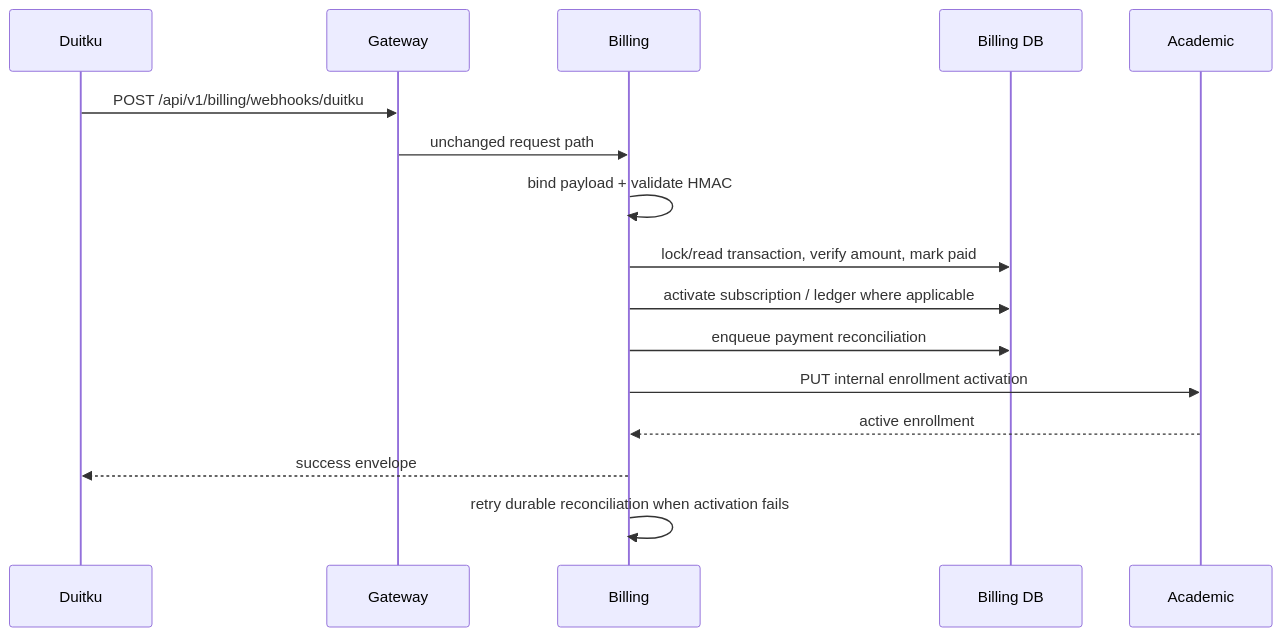
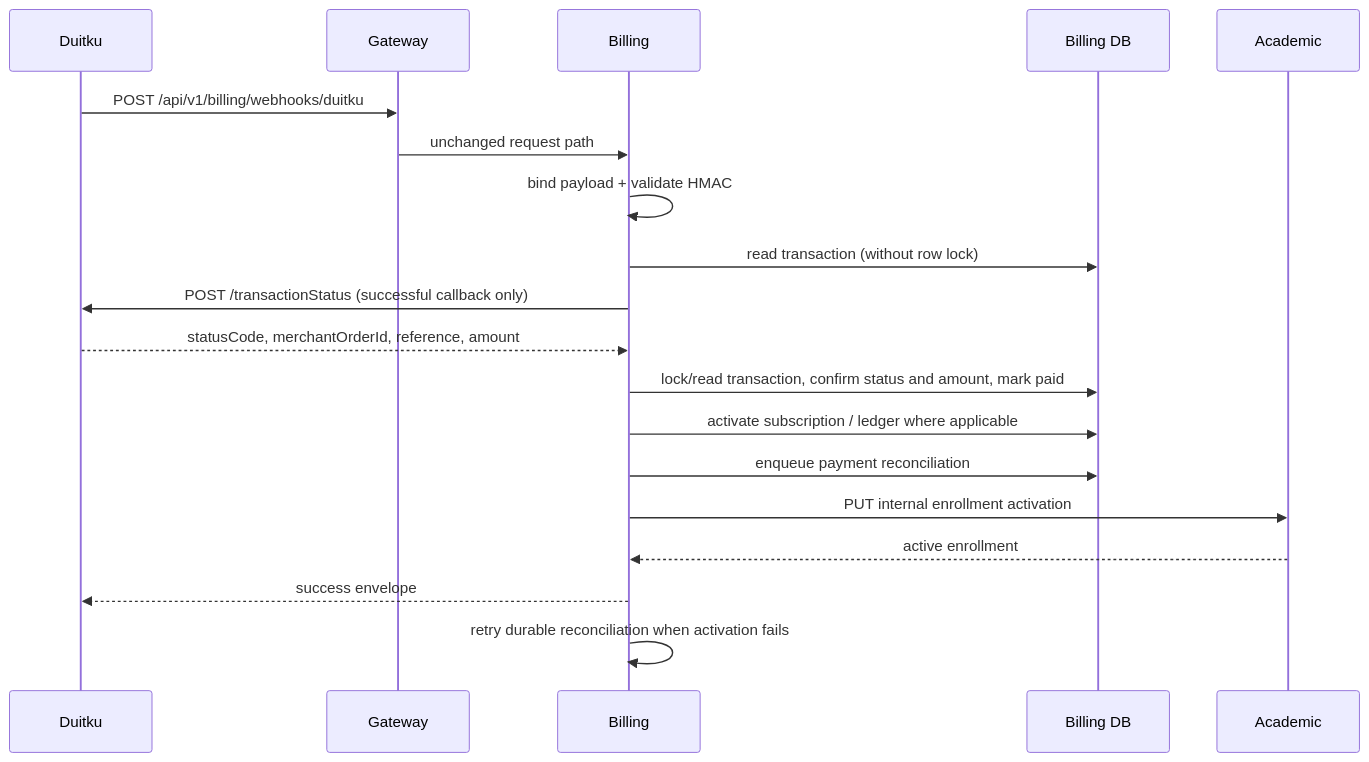
The first of 4 diagrams in docs/flows/payment-callback.md (kelolakelas/kelolakelas-docs), drawn with Mermaid before and after one commit. The commit also changed other lines of this file and 6 other files, not shown here.

````diff
--- a/docs/flows/payment-callback.md
+++ b/docs/flows/payment-callback.md
@@ -3,18 +3,21 @@
 ```mermaid
 sequenceDiagram
   participant D as Duitku
   participant G as Gateway
   participant B as Billing
   participant DB as Billing DB
   participant A as Academic
   D->>G: POST /api/v1/billing/webhooks/duitku
   G->>B: unchanged request path
   B->>B: bind payload + validate HMAC
-  B->>DB: lock/read transaction, verify amount, mark paid
+  B->>DB: read transaction (without row lock)
+  B->>D: POST /transactionStatus (successful callback only)
+  D-->>B: statusCode, merchantOrderId, reference, amount
+  B->>DB: lock/read transaction, confirm status and amount, mark paid
   B->>DB: activate subscription / ledger where applicable
   B->>DB: enqueue payment reconciliation
   B->>A: PUT internal enrollment activation
   A-->>B: active enrollment
   B-->>D: success envelope
   B->>B: retry durable reconciliation when activation fails
 ```
````
